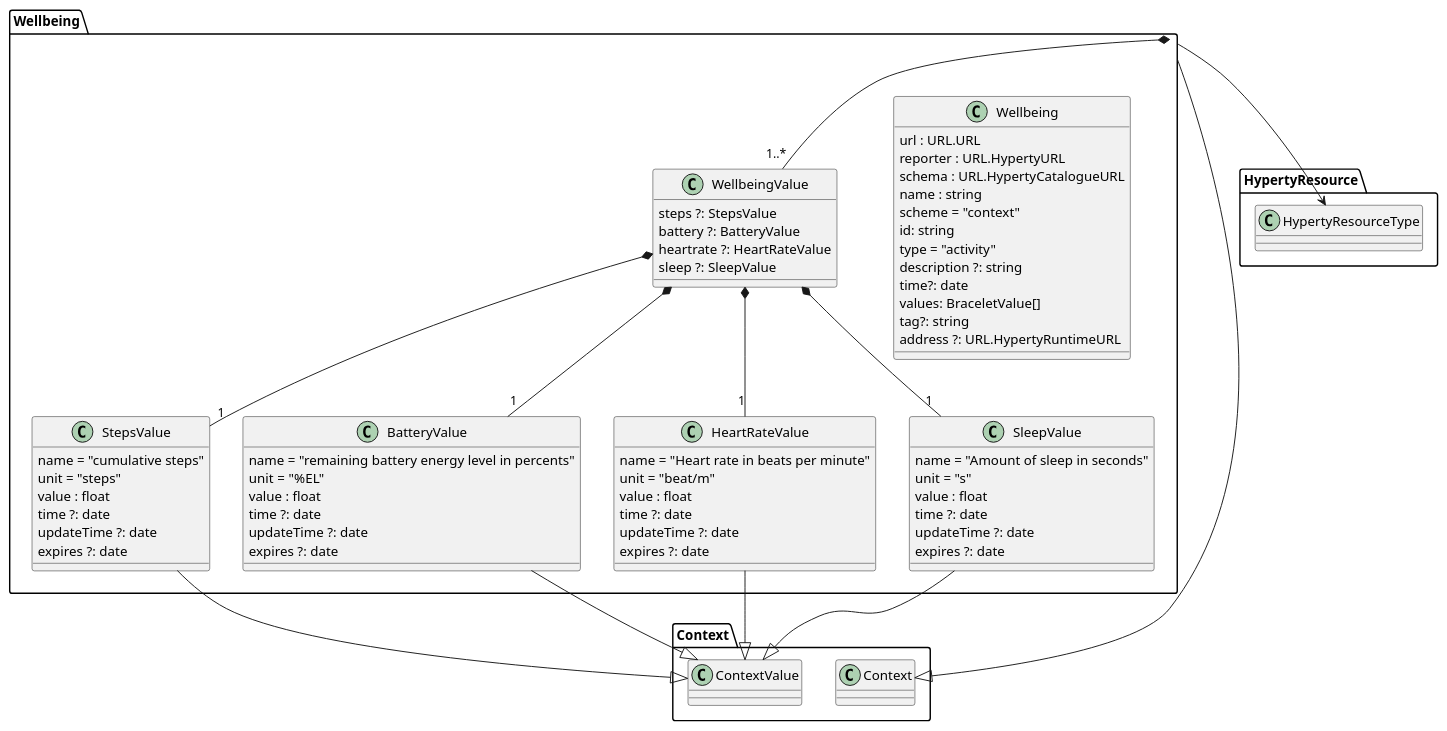
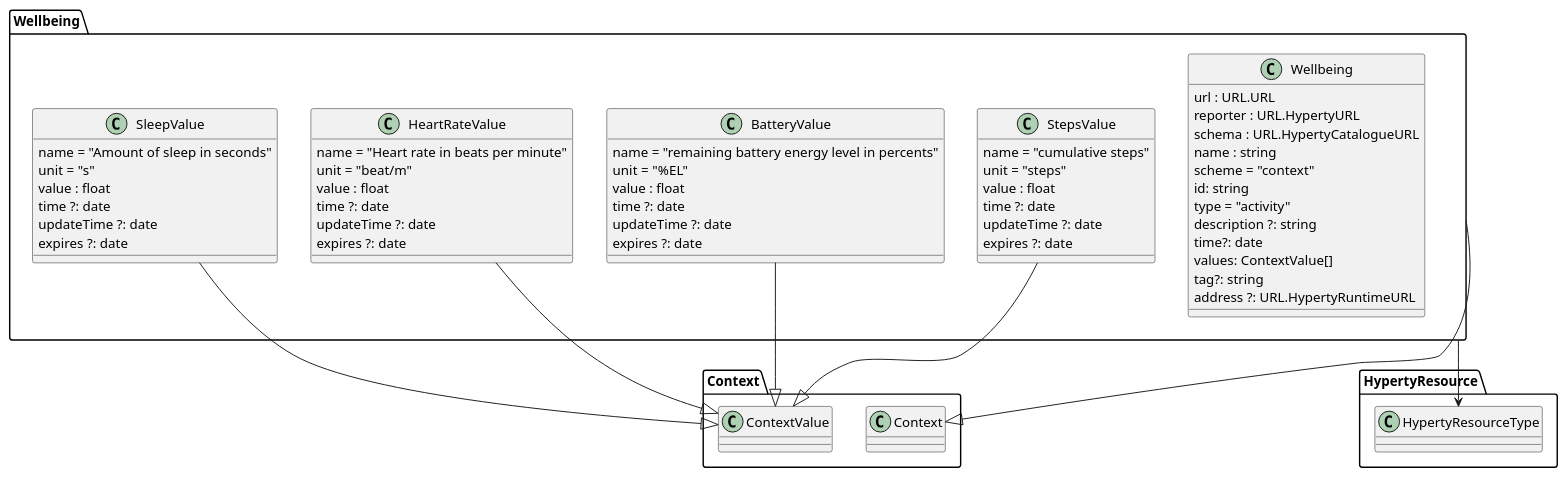
Before and after one commit to reTHINK-project/dev-hyperty: the diagram in src/bracelet/bracelet.puml, drawn with PlantUML. The commit also changed 1 other file, not shown here.

Commit message:
wellbeing model corrected

```diff
--- a/src/bracelet/bracelet.puml
+++ b/src/bracelet/bracelet.puml
@@ -1,82 +1,69 @@
 @startuml "wellbeing.png"
 
 Package Wellbeing {
 
 class Wellbeing {
   url : URL.URL
   reporter : URL.HypertyURL
   schema : URL.HypertyCatalogueURL
   name : string
   scheme = "context"
   id: string
   type = "activity"
   description ?: string
   time?: date
-  values: BraceletValue[]
+  values: ContextValue[]
   tag?: string
   address ?: URL.HypertyRuntimeURL
 }
-
-class WellbeingValue {
- steps ?: StepsValue
- battery ?: BatteryValue
- heartrate ?: HeartRateValue
- sleep ?: SleepValue
- }
 
 class StepsValue {
   name = "cumulative steps"
   unit = "steps"
   value : float
   time ?: date
   updateTime ?: date
   expires ?: date
 }
 
 class BatteryValue {
   name = "remaining battery energy level in percents"
   unit = "%EL"
   value : float
   time ?: date
   updateTime ?: date
   expires ?: date
 }
 
 class HeartRateValue {
   name = "Heart rate in beats per minute"
   unit = "beat/m"
   value : float
   time ?: date
   updateTime ?: date
   expires ?: date
 }
 
 class SleepValue {
   name = "Amount of sleep in seconds"
   unit = "s"
   value : float
   time ?: date
   updateTime ?: date
   expires ?: date
 }
 
 }
 
-Wellbeing *-- "1..*" WellbeingValue
-WellbeingValue *-- "1" SleepValue
-WellbeingValue *-- "1" HeartRateValue
-WellbeingValue *-- "1" BatteryValue
-WellbeingValue *-- "1" StepsValue
-
 
 Wellbeing --|> Context.Context
 SleepValue --|> Context.ContextValue
 HeartRateValue --|> Context.ContextValue
 BatteryValue --|> Context.ContextValue
 StepsValue --|> Context.ContextValue
 
 
 Wellbeing --> HypertyResource.HypertyResourceType
 
 
 @enduml
```
